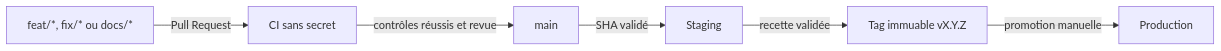
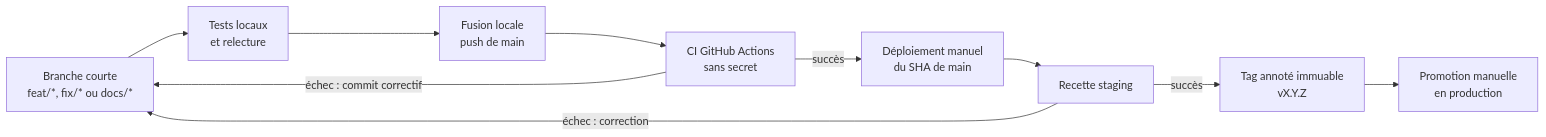
The diagram in docs/reference/ci-cd.md (dev-vauclaire/mevo2glpi), drawn with Mermaid before and after one commit. The commit also changed other lines of this file and 3 other files, not shown here.

````diff
--- a/docs/reference/ci-cd.md
+++ b/docs/reference/ci-cd.md
@@ -10,8 +22,17 @@
 ```mermaid
 flowchart LR
-    Branche[feat/*, fix/* ou docs/*] -->|Pull Request| CI[CI sans secret]
-    CI -->|contrôles réussis et revue| Main[main]
-    Main -->|SHA validé| Staging[Staging]
-    Staging -->|recette validée| Tag[Tag immuable vX.Y.Z]
-    Tag -->|promotion manuelle| Production[Production]
+    DEV["Branche courte<br/>feat/*, fix/* ou docs/*"]
+    LOCAL["Tests locaux<br/>et relecture"]
+    MAIN["Fusion locale<br/>push de main"]
+    CI["CI GitHub Actions<br/>sans secret"]
+    STAGING["Déploiement manuel<br/>du SHA de main"]
+    RECIPE["Recette staging"]
+    TAG["Tag annoté immuable<br/>vX.Y.Z"]
+    PROD["Promotion manuelle<br/>en production"]
+
+    DEV --> LOCAL --> MAIN --> CI
+    CI -->|succès| STAGING --> RECIPE
+    RECIPE -->|succès| TAG --> PROD
+    CI -->|échec : commit correctif| DEV
+    RECIPE -->|échec : correction| DEV
 ```
````
